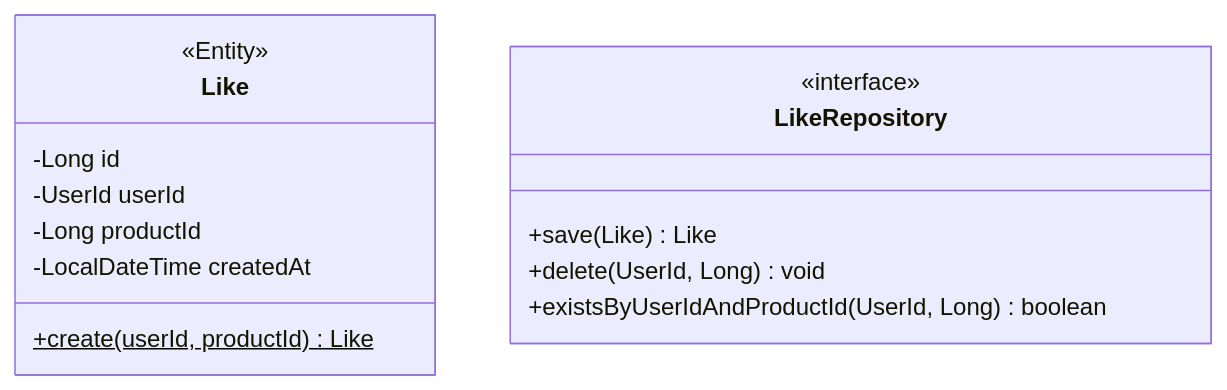
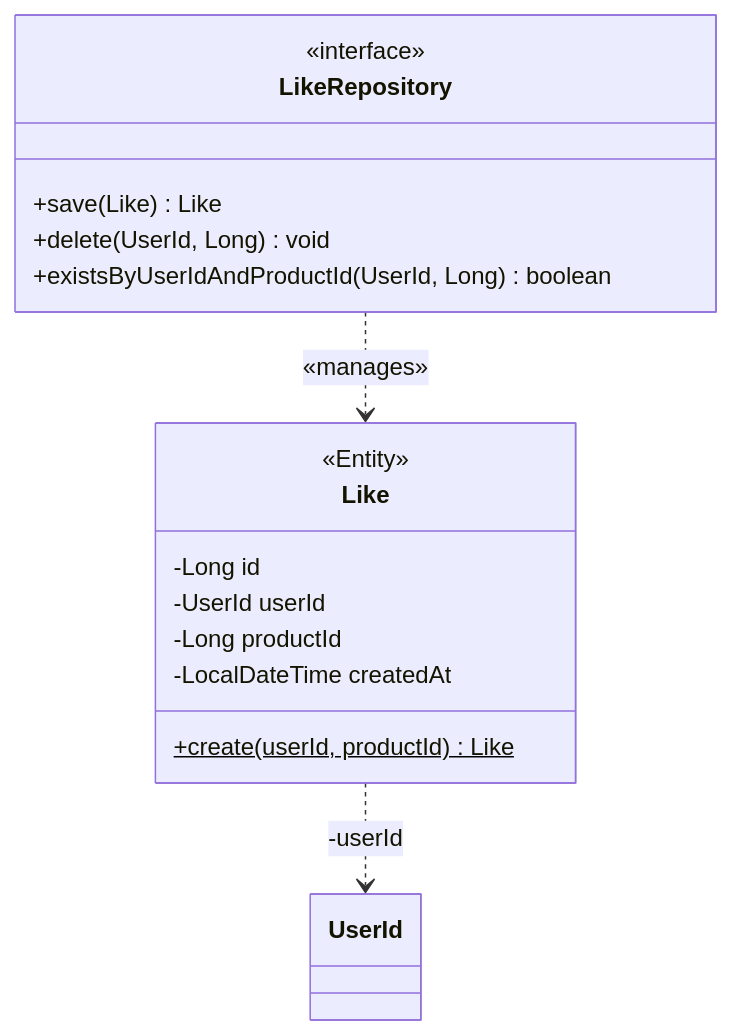
The eighth of 9 diagrams in .docs/design/03-class-diagram.md (ukukdin/loop-pack-be-l2-vol3-java), drawn with Mermaid before and after one commit. The commit also changed other lines of this file, not shown here.

Commit message:
⏺ refactor: class-diagram 수정

````diff
--- a/.docs/design/03-class-diagram.md
+++ b/.docs/design/03-class-diagram.md
@@ -371,17 +804,20 @@
 ```mermaid
 classDiagram
     class Like {
         <<Entity>>
         -Long id
         -UserId userId
         -Long productId
         -LocalDateTime createdAt
         +create(userId, productId)$ Like
     }
     class LikeRepository {
         <<interface>>
         +save(Like) Like
         +delete(UserId, Long) void
         +existsByUserIdAndProductId(UserId, Long) boolean
     }
+
+    Like ..> UserId : -userId
+    LikeRepository ..> Like : «manages»
 ```
````
